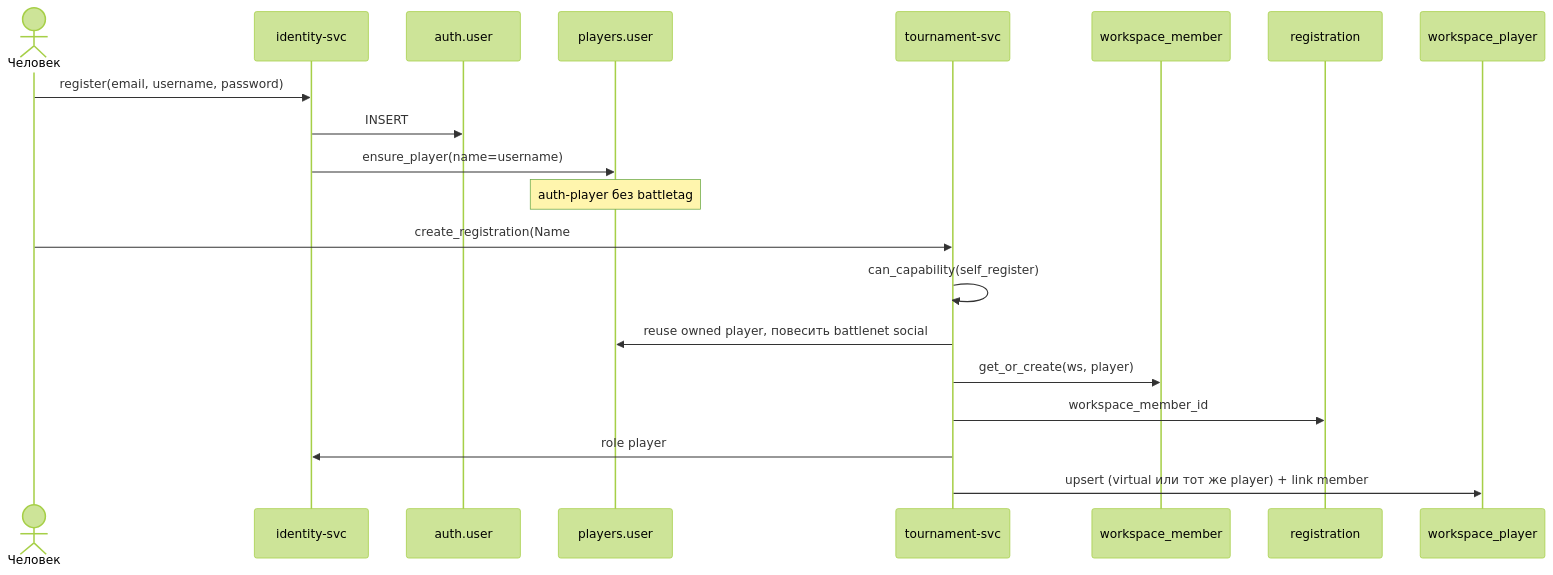
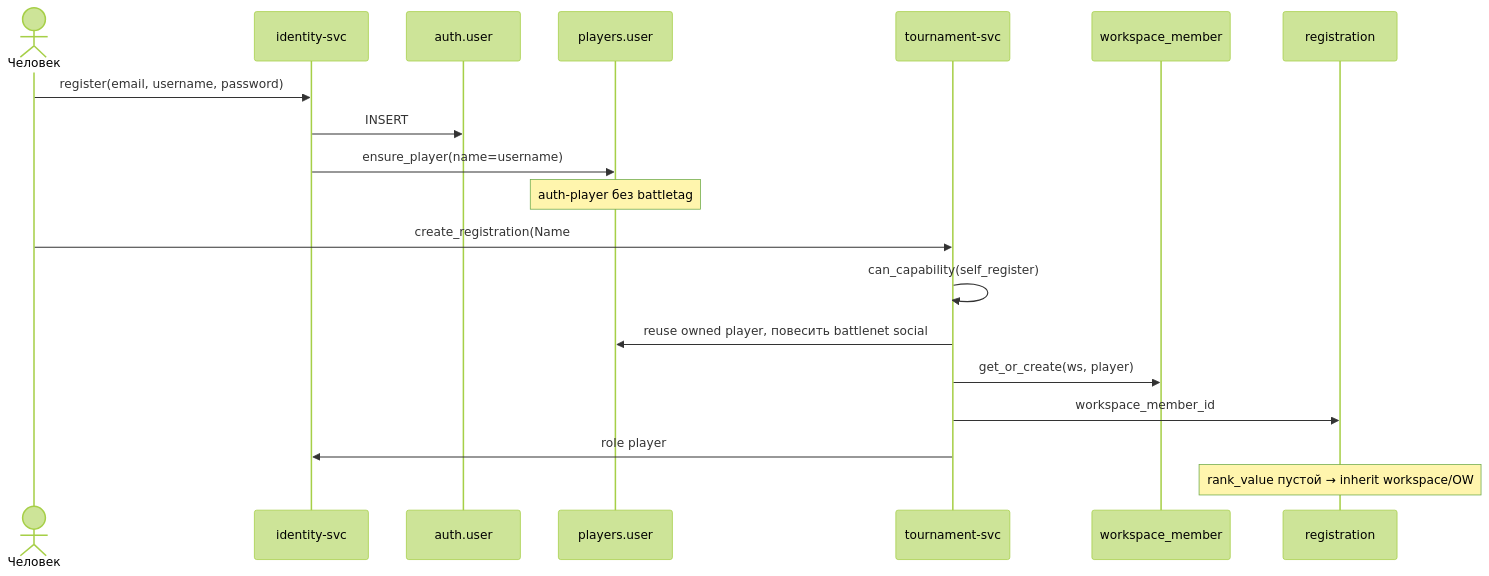
Before and after one commit to CraazzzyyFoxx/anak-tournaments: the fourth of 6 diagrams in docs/users-identity.md, drawn with Mermaid (forest theme). The commit also changed other lines of this file, not shown here.

First line of the commit message:
docs(identity): Document member_rank layers and drop workspace_player

````diff
--- a/docs/users-identity.md
+++ b/docs/users-identity.md
@@ -529,23 +567,22 @@
 ```mermaid
 sequenceDiagram
   actor H as Человек
   participant ID as identity-svc
   participant AU as auth.user
   participant PU as players.user
   participant TS as tournament-svc
   participant WM as workspace_member
   participant REG as registration
-  participant WP as workspace_player
 
   H->>ID: register(email, username, password)
   ID->>AU: INSERT
   ID->>PU: ensure_player(name=username)
   Note over PU: auth-player без battletag
   H->>TS: create_registration(Name#1234)
   TS->>TS: can_capability(self_register)
   TS->>PU: reuse owned player, повесить battlenet social
   TS->>WM: get_or_create(ws, player)
   TS->>REG: workspace_member_id
   TS->>ID: role player
-  TS->>WP: upsert (virtual или тот же player) + link member
+  Note over REG: rank_value пустой → inherit workspace/OW
 ```
````
